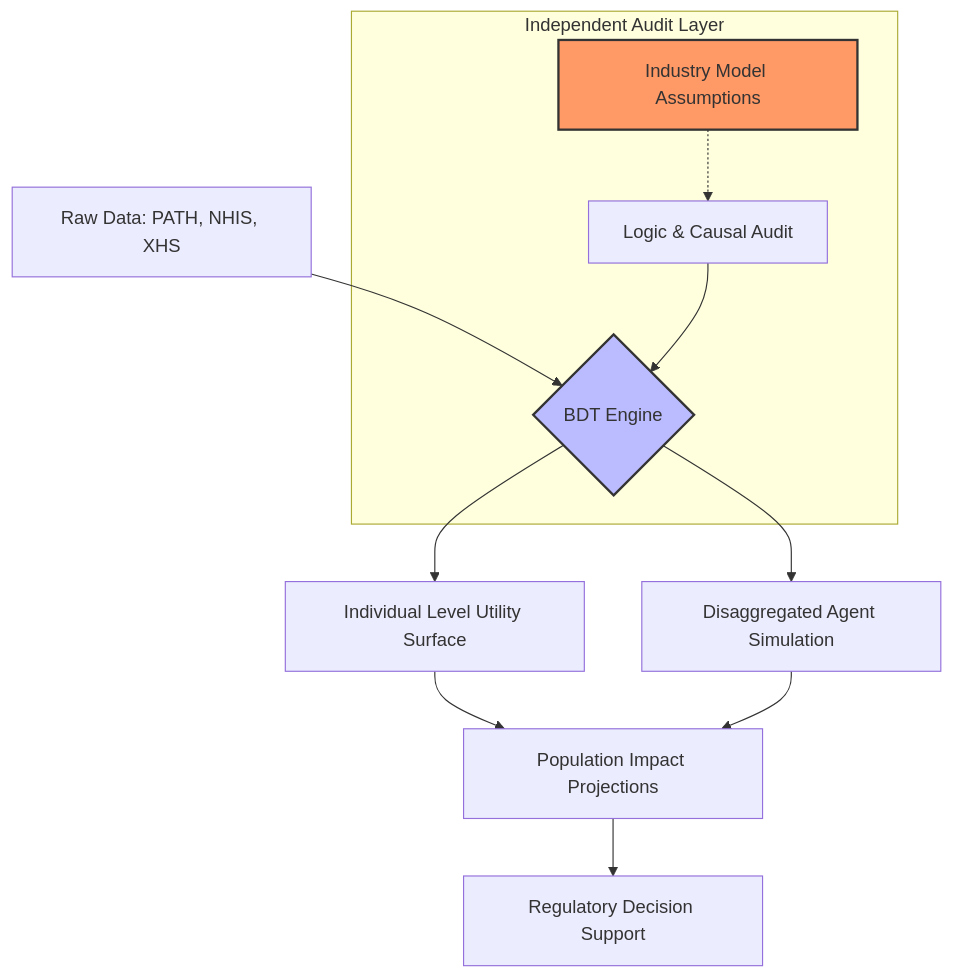
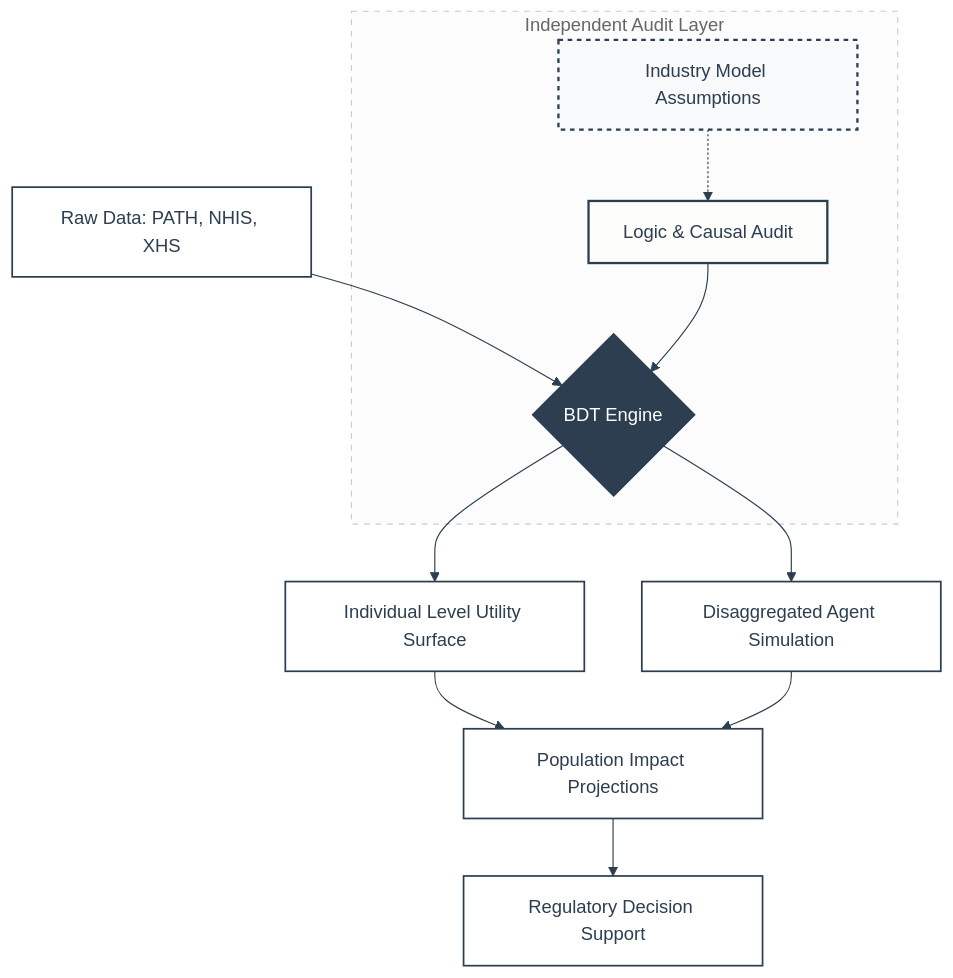
Before and after one commit to yichao2022/Behavioral-Digital-Twin-Roadmap: the diagram in index.qmd, drawn with Mermaid. The commit also changed other lines of this file and 2 other files, not shown here.

Commit message:
feat: add prominent GitHub source button and open source layout

````diff
--- a/index.qmd
+++ b/index.qmd
@@ -30,16 +32,38 @@
 ```{mermaid}
+%%{init: {'theme': 'base', 'themeVariables': { 'primaryColor': '#ffffff', 'primaryBorderColor': '#2c3e50', 'primaryTextColor': '#2c3e50', 'lineColor': '#2c3e50', 'clusterBkg': '#fdfdfb', 'clusterBorder': '#2c3e50', 'nodeBorder': '#2c3e50', 'mainBkg': '#ffffff', 'titleColor': '#2c3e50', 'fontFamily': 'Charter, Georgia, serif'}}}%%
 graph TD
-    A[Raw Data: PATH, NHIS, XHS] --> B{BDT Engine}
-    B --> C[Individual Level Utility Surface]
-    B --> D[Disaggregated Agent Simulation]
-    C & D --> E[Population Impact Projections]
-    E --> F[Regulatory Decision Support]
+    %% Node Definitions
+    A[Raw Data: PATH, NHIS, XHS]
+    B{BDT Engine}
+    C[Individual Level Utility Surface]
+    D[Disaggregated Agent Simulation]
+    E[Population Impact Projections]
+    F[Regulatory Decision Support]
+    G[Industry Model Assumptions]
+    H[Logic & Causal Audit]
+
+    %% Connections
+    A --> B
+    B --> C
+    B --> D
+    C & D --> E
+    E --> F
     
-    subgraph "Independent Audit Layer"
-    G[Industry Model Assumptions] -.-> H[Logic & Causal Audit]
-    H --> B
+    subgraph Audit [Independent Audit Layer]
+        G -.-> H
+        H --> B
     end
     
-    style G fill:#f96,stroke:#333,stroke-width:2px
-    style B fill:#bbf,stroke:#333,stroke-width:2px
+    %% Academic Minimalist Styling
+    classDef highlight fill:#f8f9fa,stroke:#2c3e50,stroke-width:2px,stroke-dasharray: 4 4,color:#2c3e50;
+    classDef engine fill:#2c3e50,stroke:#2c3e50,stroke-width:2px,color:#ffffff;
+    classDef audit fill:#fdfdfb,stroke:#2c3e50,stroke-width:2px,color:#2c3e50;
+    classDef default fill:#ffffff,stroke:#2c3e50,stroke-width:1.5px,color:#2c3e50;
+
+    class G highlight;
+    class B engine;
+    class H audit;
+    class A,C,D,E,F default;
+
+    style Audit fill:#fcfcfc,stroke:#ccc,stroke-width:1px,stroke-dasharray: 5 5,color:#666;
 ```
````
